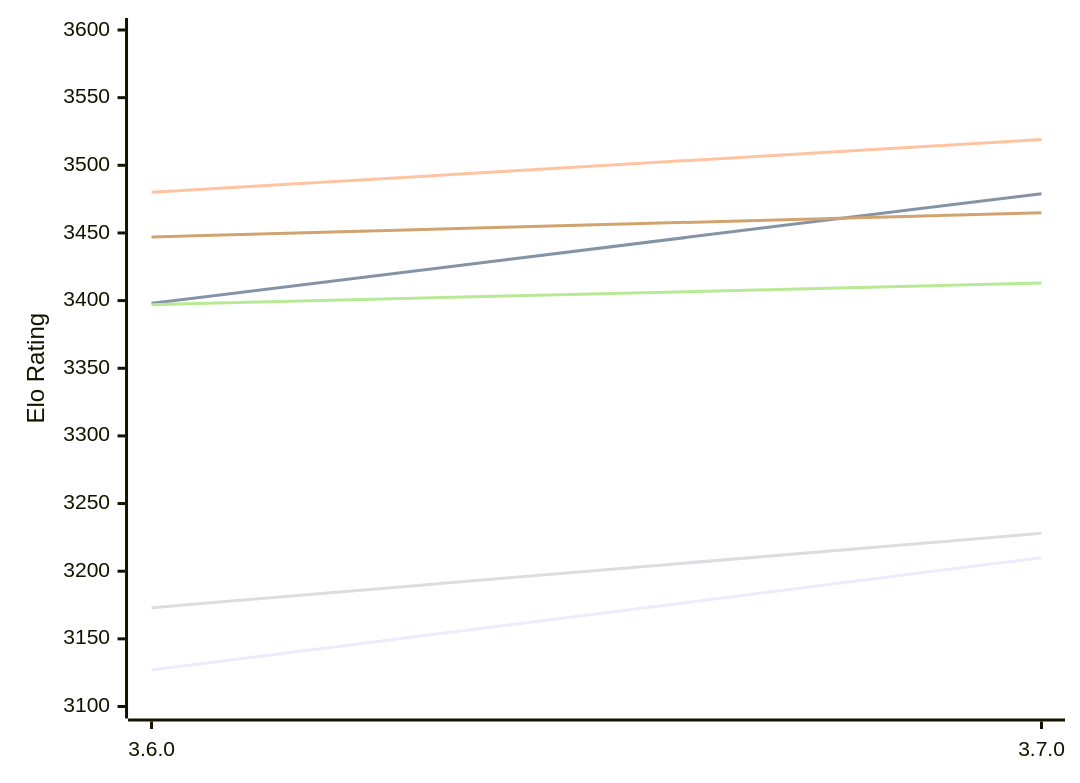
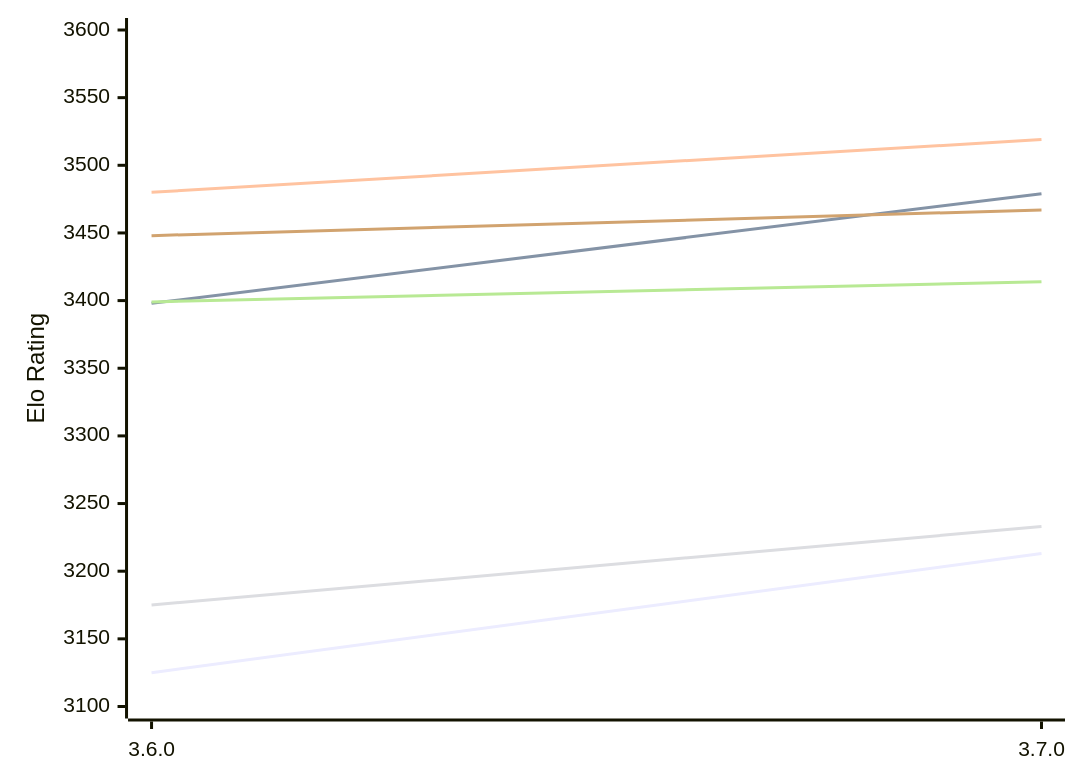
Before and after one commit to computer-chess-index/cci: the diagram in engines/Simplechess.md, drawn with Mermaid. The commit also changed other lines of this file, not shown here.

Commit message:
Update CCI Ratings (ELO VLTC) - 2026-11-24

````diff
--- a/engines/Simplechess.md
+++ b/engines/Simplechess.md
@@ -49,12 +49,12 @@
 ```mermaid
 %%{init: {"theme":"base","themeVariables":{"seriesColors:['#a3a3a3','#222221','#faa371']}}}%%
 xychart-beta
   x-axis ["3.6.0", "3.7.0"]
   y-axis "Elo Rating" 3100 --> 3600
-  line "E1: STC (8.0+0.08s)" [3127, 3210]
+  line "E1: STC (8.0+0.08s)" [3125, 3213]
   line "E1: LTC (60.0+0.60s)" [3398, 3479]
   line "E1: VLTC (2m24s+1.12s)" [3480, 3519]
-  line "P1: STC (8.0+0.08s)" [3173, 3228]
-  line "P1: LTC (60.0+0.60s)" [3397, 3413]
-  line "P1: VLTC (2m24s+1.12s)" [3447, 3465]
+  line "P1: STC (8.0+0.08s)" [3175, 3233]
+  line "P1: LTC (60.0+0.60s)" [3399, 3414]
+  line "P1: VLTC (2m24s+1.12s)" [3448, 3467]
 ```
````
